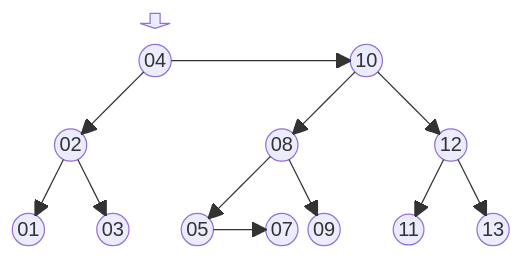
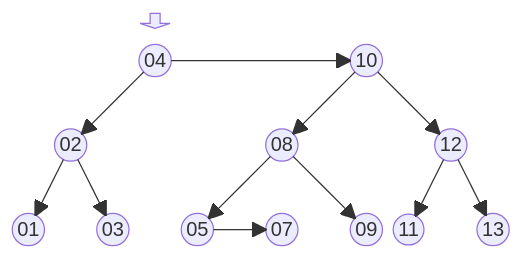
One commit to BenhurUFSM/l226b changed the fourth of 5 diagrams in Assuntos/arvore-aa.md. Above: the diagram before and after it, drawn with Mermaid. The commit also changed other lines of this file, not shown here.

````diff
--- a/Assuntos/arvore-aa.md
+++ b/Assuntos/arvore-aa.md
@@ -153,21 +153,21 @@
 ```mermaid
 block
 columns 12
 space:3 f<[" "]>(down) space:8
 space:3 r(("04")) space:4 d(("10")) space:3
 space:12
 space e(("02")) space:4 de(("08")) space:3 dd(("12")) space
 space:12
-ee(("01")) space ed(("03")) space dee(("05")) space deed(("07")) ded(("09")) space dde(("11")) space ddd(("13"))
+ee(("01")) space ed(("03")) space dee(("05")) space deed(("07")) space ded(("09")) dde(("11")) space ddd(("13"))
 r-->e
 r-->d
 e-->ee
 e-->ed
 d-->de
 d-->dd
 de-->dee
 de-->ded
 dee-->deed
 dd-->dde
 dd-->ddd
 ```
````
